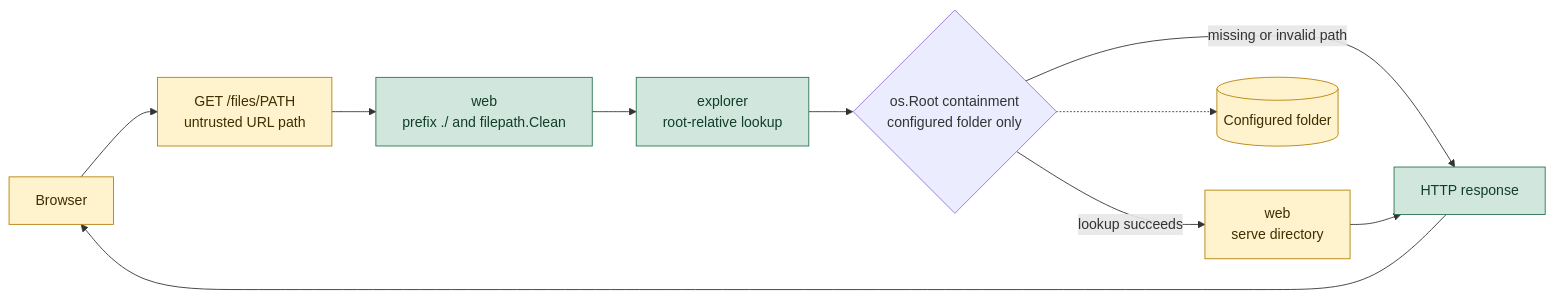
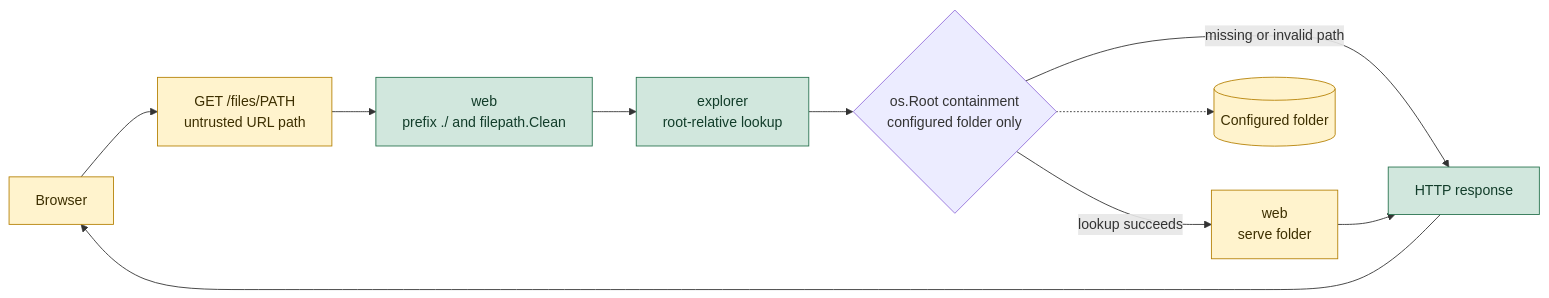
Before and after one commit to mszalbach/lsgo: the third of 3 diagrams in docs/architecture.md, drawn with Mermaid. The commit also changed other lines of this file and 9 other files, not shown here.

Commit message:
Changed codebase to always talk about folder instead of directory

````diff
--- a/docs/architecture.md
+++ b/docs/architecture.md
@@ -69,26 +69,26 @@
 ```mermaid
 flowchart LR
     browser[Browser]
     request[GET /files/PATH<br/>untrusted URL path]
     normalize[web<br/>prefix ./ and filepath.Clean]
     api[explorer<br/>root-relative lookup]
     boundary{os.Root containment<br/>configured folder only}
-    directory[web<br/>serve directory]
+    folder[web<br/>serve folder]
     response[HTTP response]
     filesystem[(Configured folder)]
 
     browser --> request
     request --> normalize
     normalize --> api
     api --> boundary
-    boundary -->|lookup succeeds| directory
+    boundary -->|lookup succeeds| folder
     boundary -->|missing or invalid path| response
     boundary -.-> filesystem
-    directory --> response
+    folder --> response
     response --> browser
 
     classDef untrusted fill:#fff3cd,stroke:#b58105,color:#3d2f00
     classDef trusted fill:#d1e7dd,stroke:#28734f,color:#123d2a
-    class request,directory,filesystem,browser untrusted
+    class request,folder,filesystem,browser untrusted
     class normalize,api,response trusted
 ```
````
